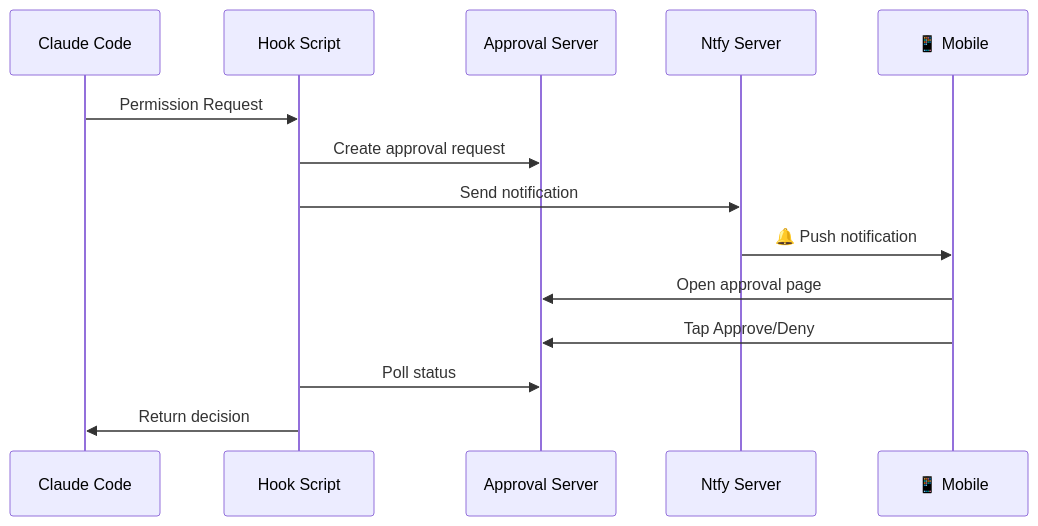
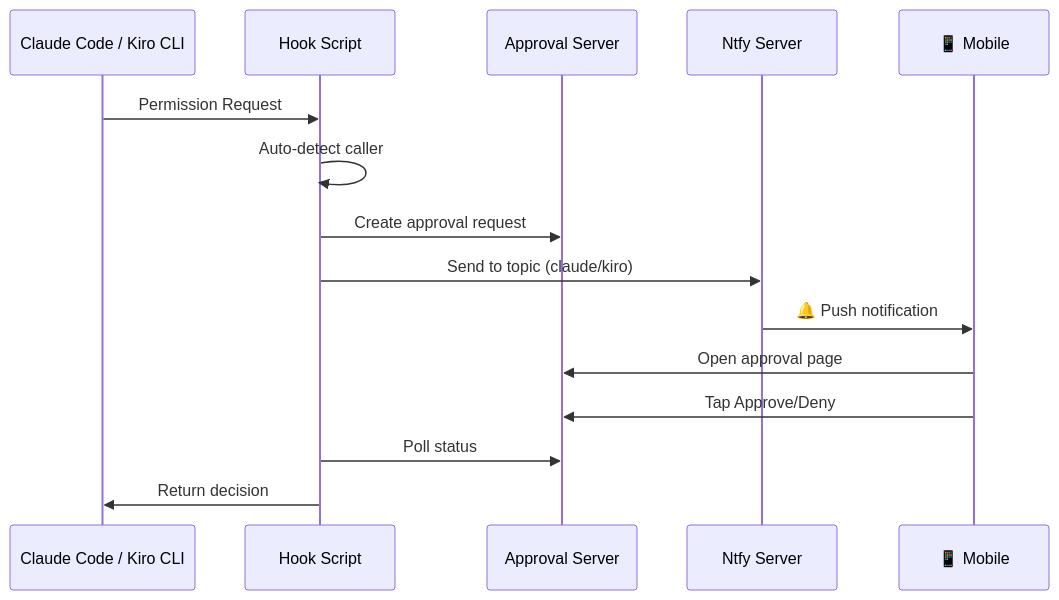
One commit to astro-nexus-ai/claude-mobile-approver changed the diagram in README.md. Above: the diagram before and after it, drawn with Mermaid. The commit also changed other lines of this file and 8 other files, not shown here.

First line of the commit message:
feat: add Kiro CLI support and Web Push configuration

````diff
--- a/README.md
+++ b/README.md
@@ -44,17 +45,18 @@
 ```mermaid
 sequenceDiagram
-    participant Claude as Claude Code
+    participant AI as Claude Code / Kiro CLI
     participant Hook as Hook Script
     participant Server as Approval Server
     participant Ntfy as Ntfy Server
     participant Mobile as 📱 Mobile
 
-    Claude->>Hook: Permission Request
+    AI->>Hook: Permission Request
+    Hook->>Hook: Auto-detect caller
     Hook->>Server: Create approval request
-    Hook->>Ntfy: Send notification
+    Hook->>Ntfy: Send to topic (claude/kiro)
     Ntfy->>Mobile: 🔔 Push notification
     Mobile->>Server: Open approval page
     Mobile->>Server: Tap Approve/Deny
     Hook->>Server: Poll status
-    Hook->>Claude: Return decision
+    Hook->>AI: Return decision
 ```
````
